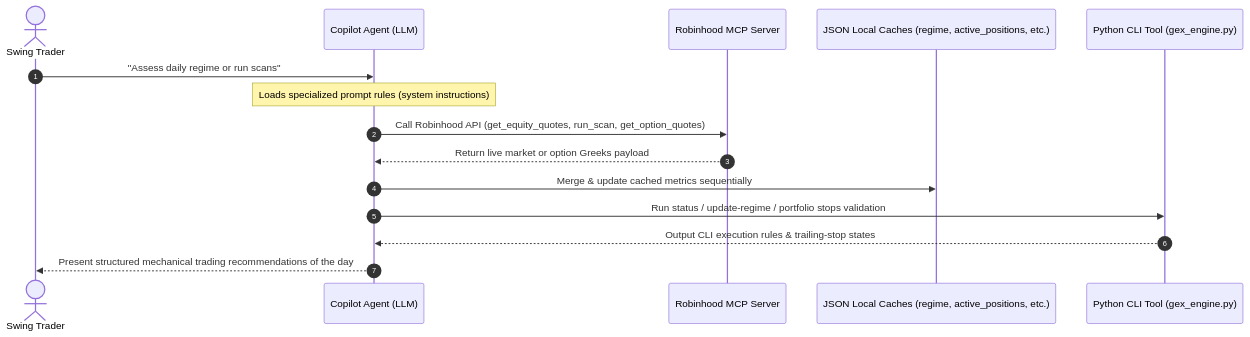
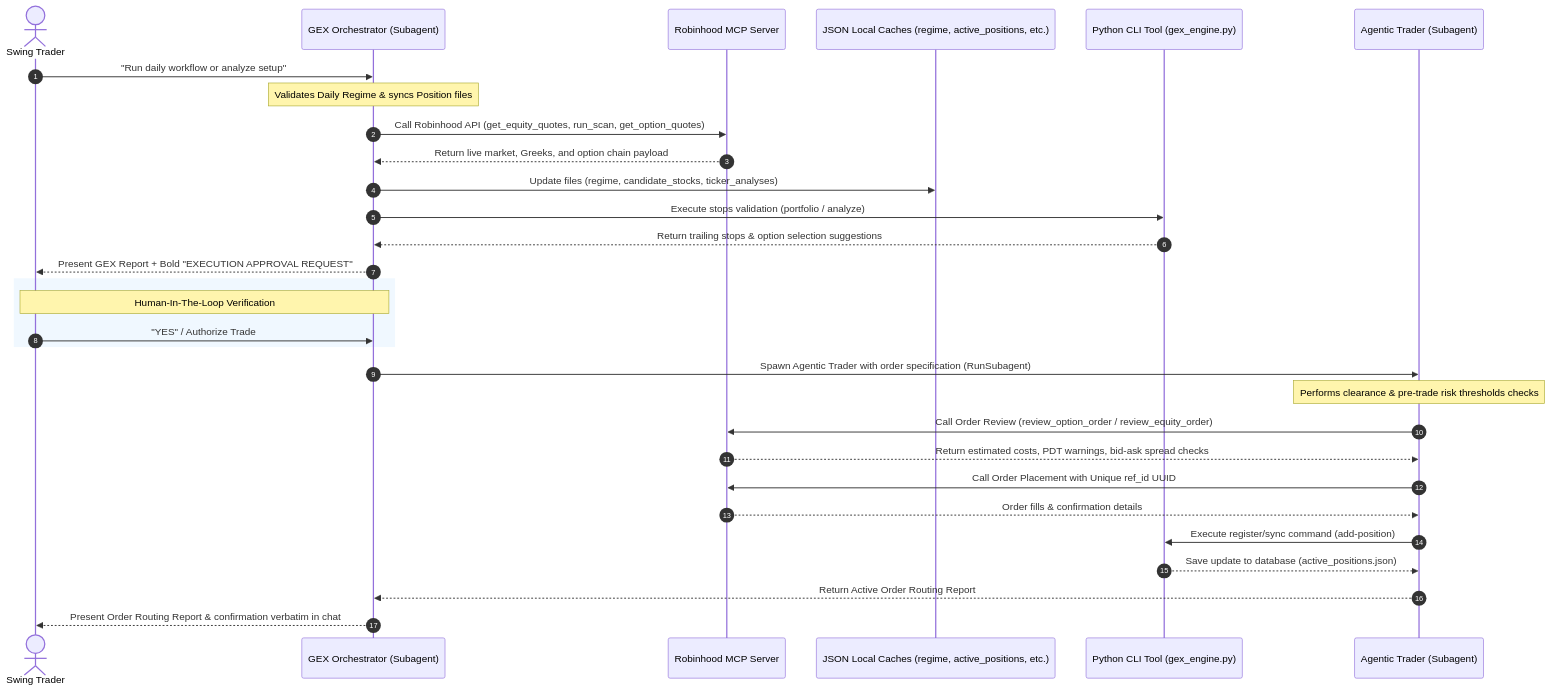
Before and after one commit to Aymeric/wip: the first of 4 diagrams in README.md, drawn with Mermaid. The commit also changed other lines of this file and 29 other files, not shown here.

First line of the commit message:
Refactor closed positions handling and add sync functionality for P&L trade history

````diff
--- a/README.md
+++ b/README.md
@@ -15,18 +15,35 @@
 ```mermaid
 sequenceDiagram
     autonumber
     actor User as Swing Trader
-    participant Agent as Copilot Agent (LLM)
+    participant Agent as GEX Orchestrator (Subagent)
     participant MCP as Robinhood MCP Server
     participant DB as JSON Local Caches (regime, active_positions, etc.)
     participant CLI as Python CLI Tool (gex_engine.py)
+    participant Trader as Agentic Trader (Subagent)
 
-    User->>Agent: "Assess daily regime or run scans"
-    Note over Agent: Loads specialized prompt rules (system instructions)
+    User->>Agent: "Run daily workflow or analyze setup"
+    Note over Agent: Validates Daily Regime & syncs Position files
     Agent->>MCP: Call Robinhood API (get_equity_quotes, run_scan, get_option_quotes)
-    MCP-->>Agent: Return live market or option Greeks payload
-    Agent->>DB: Merge & update cached metrics sequentially
-    Agent->>CLI: Run status / update-regime / portfolio stops validation
-    CLI-->>Agent: Output CLI execution rules & trailing-stop states
-    Agent-->>User: Present structured mechanical trading recommendations of the day
+    MCP-->>Agent: Return live market, Greeks, and option chain payload
+    Agent->>DB: Update files (regime, candidate_stocks, ticker_analyses)
+    Agent->>CLI: Execute stops validation (portfolio / analyze)
+    CLI-->>Agent: Return trailing stops & option selection suggestions
+    Agent-->>User: Present GEX Report + Bold "EXECUTION APPROVAL REQUEST"
+    
+    rect rgb(240, 248, 255)
+        Note over User, Agent: Human-In-The-Loop Verification
+        User->>Agent: "YES" / Authorize Trade
+    end
+
+    Agent->>Trader: Spawn Agentic Trader with order specification (RunSubagent)
+    Note over Trader: Performs clearance & pre-trade risk thresholds checks
+    Trader->>MCP: Call Order Review (review_option_order / review_equity_order)
+    MCP-->>Trader: Return estimated costs, PDT warnings, bid-ask spread checks
+    Trader->>MCP: Call Order Placement with Unique ref_id UUID
+    MCP-->>Trader: Order fills & confirmation details
+    Trader->>CLI: Execute register/sync command (add-position)
+    CLI-->>Trader: Save update to database (active_positions.json)
+    Trader-->>Agent: Return Active Order Routing Report
+    Agent-->>User: Present Order Routing Report & confirmation verbatim in chat
 ```
````
